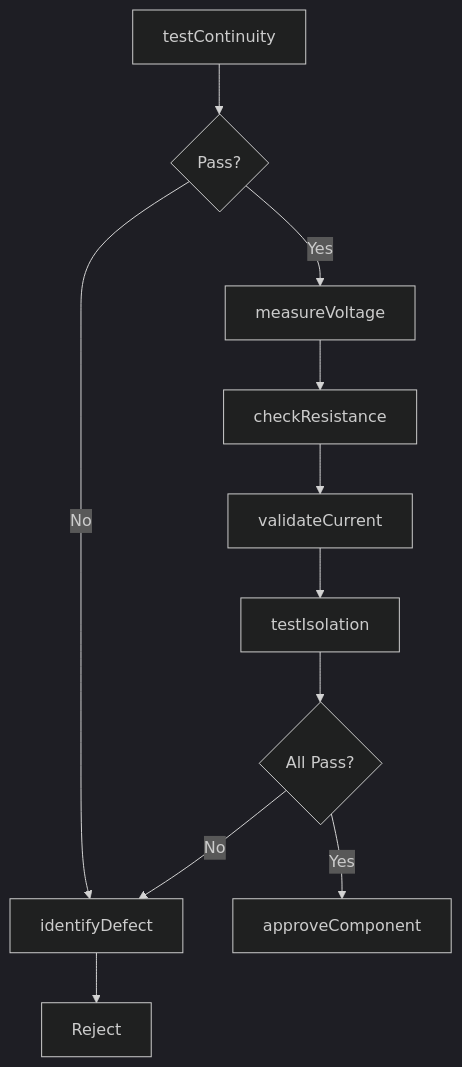
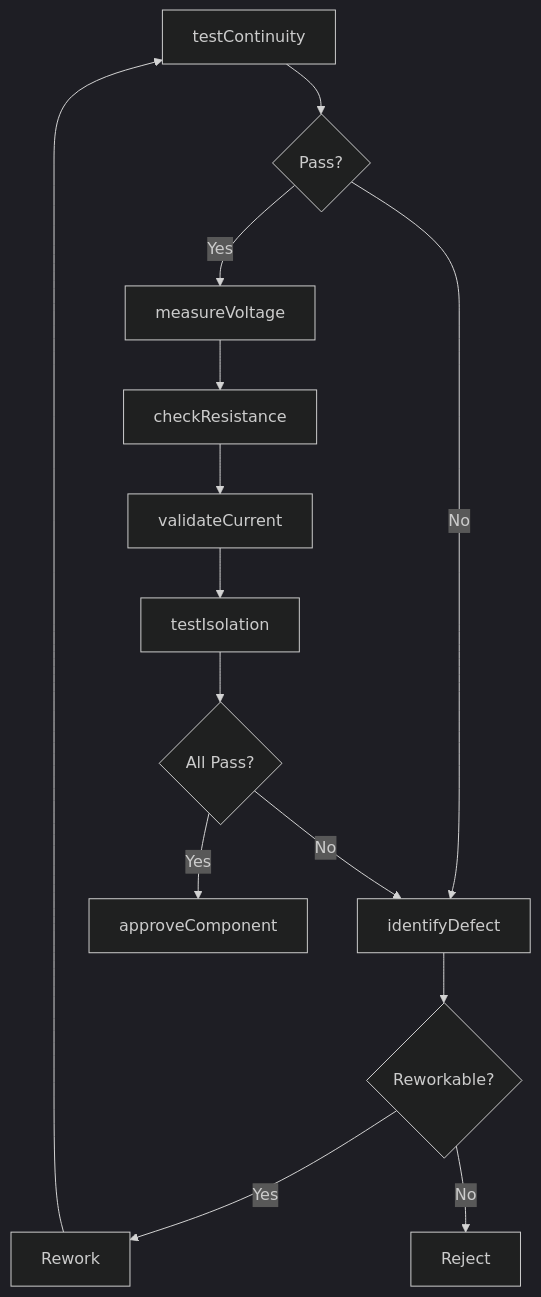
One commit to dot-org-ai/tasks.org.ai changed the third of 4 diagrams in InspectingEquipmentStructuresOrMaterials/TestPerformanceOfEquipmentOrSystems/TestElectricalCircuitsComponentsProper.mdx. Above: the diagram before and after it, drawn with Mermaid (dark theme). The commit also changed other lines of this file and 504 other files, not shown here.

First line of the commit message:
feat: Add ER diagrams, state diagrams, and workflow improvements to 96 DWA task files

````diff
--- a/InspectingEquipmentStructuresOrMaterials/TestPerformanceOfEquipmentOrSystems/TestElectricalCircuitsComponentsProper.mdx
+++ b/InspectingEquipmentStructuresOrMaterials/TestPerformanceOfEquipmentOrSystems/TestElectricalCircuitsComponentsProper.mdx
@@ -87,13 +118,16 @@
 ```mermaid
 graph TD
     A[testContinuity] --> B{Pass?}
     B -->|Yes| C[measureVoltage]
     B -->|No| D[identifyDefect]
     C --> E[checkResistance]
     E --> F[validateCurrent]
     F --> G[testIsolation]
     G --> H{All Pass?}
     H -->|Yes| I[approveComponent]
     H -->|No| D
-    D --> J[Reject]
+    D --> J{Reworkable?}
+    J -->|Yes| K[Rework]
+    K --> A
+    J -->|No| L[Reject]
 ```
````
